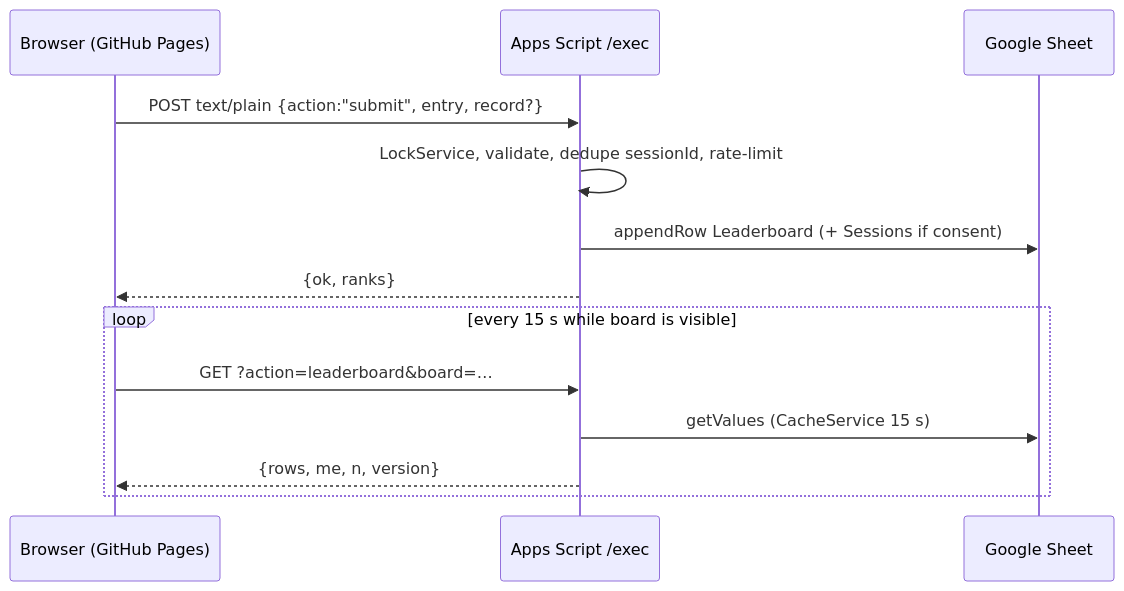
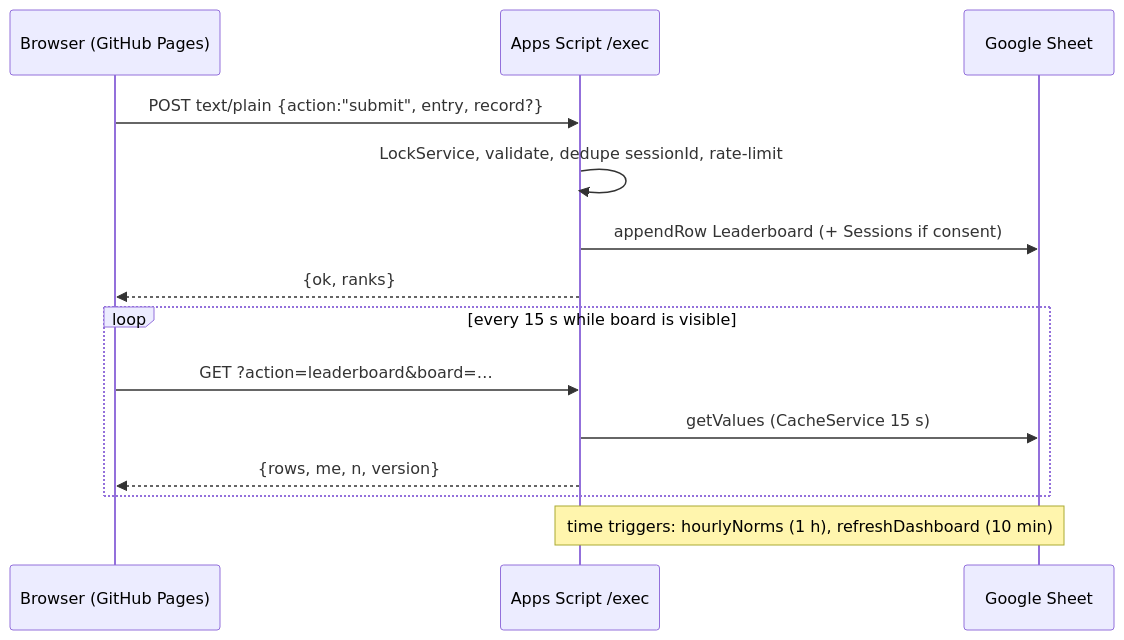
One commit to aaron-chen-angus/intellicare-playalong-grace01 changed the fourth of 4 diagrams in README.md. Above: the diagram before and after it, drawn with Mermaid. The commit also changed other lines of this file, not shown here.

````diff
--- a/README.md
+++ b/README.md
@@ -328,15 +712,16 @@
 ```mermaid
 sequenceDiagram
   participant C as Browser (GitHub Pages)
   participant A as Apps Script /exec
   participant S as Google Sheet
   C->>A: POST text/plain {action:"submit", entry, record?}
   A->>A: LockService, validate, dedupe sessionId, rate-limit
   A->>S: appendRow Leaderboard (+ Sessions if consent)
   A-->>C: {ok, ranks}
   loop every 15 s while board is visible
     C->>A: GET ?action=leaderboard&board=…
     A->>S: getValues (CacheService 15 s)
     A-->>C: {rows, me, n, version}
   end
+  Note over A,S: time triggers: hourlyNorms (1 h), refreshDashboard (10 min)
 ```
````
